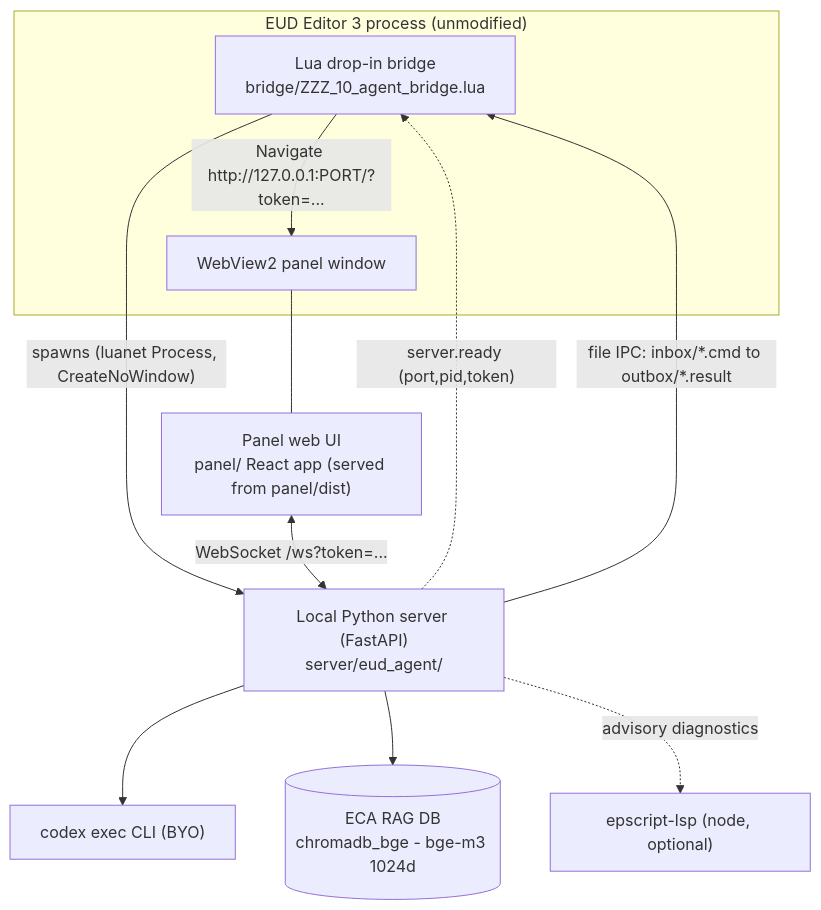
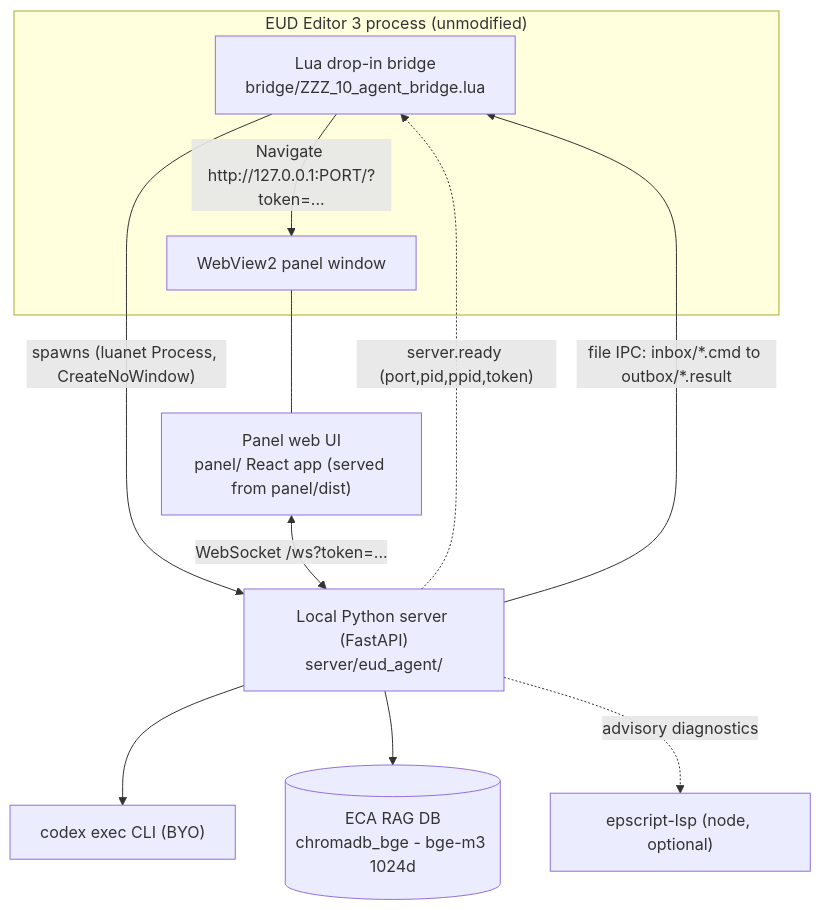
One commit to raravel/eud-agent changed the first of 3 diagrams in hivemind/docs/architecture.md. Above: the diagram before and after it, drawn with Mermaid. The commit also changed other lines of this file and 10 other files, not shown here.

Commit message:
task: EUD-037-897c server.ready ownership accepts venv launcher parent pid (ppid)

````diff
--- a/hivemind/docs/architecture.md
+++ b/hivemind/docs/architecture.md
@@ -7,22 +7,22 @@
 ```mermaid
 graph TD
     subgraph EditorProc["EUD Editor 3 process (unmodified)"]
         Bridge["Lua drop-in bridge<br/>bridge/ZZZ_10_agent_bridge.lua"]
         WV["WebView2 panel window"]
     end
     Panel["Panel web UI<br/>panel/ React app (served from panel/dist)"]
     Server["Local Python server (FastAPI)<br/>server/eud_agent/"]
     Codex["codex exec CLI (BYO)"]
     RAG[("ECA RAG DB<br/>chromadb_bge - bge-m3 1024d")]
     LSP["epscript-lsp (node, optional)"]
 
     Bridge -- "spawns (luanet Process, CreateNoWindow)" --> Server
-    Server -. "server.ready (port,pid,token)" .-> Bridge
+    Server -. "server.ready (port,pid,ppid,token)" .-> Bridge
     Bridge -- "Navigate http://127.0.0.1:PORT/?token=..." --> WV
     WV --- Panel
     Panel <-- "WebSocket /ws?token=..." --> Server
     Server -- "file IPC: inbox/*.cmd to outbox/*.result" --> Bridge
     Server --> Codex
     Server --> RAG
     Server -. "advisory diagnostics" .-> LSP
 ```
````
